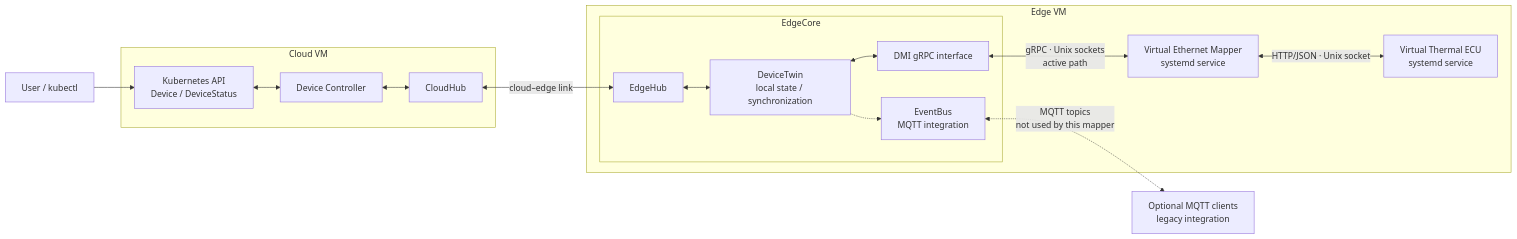
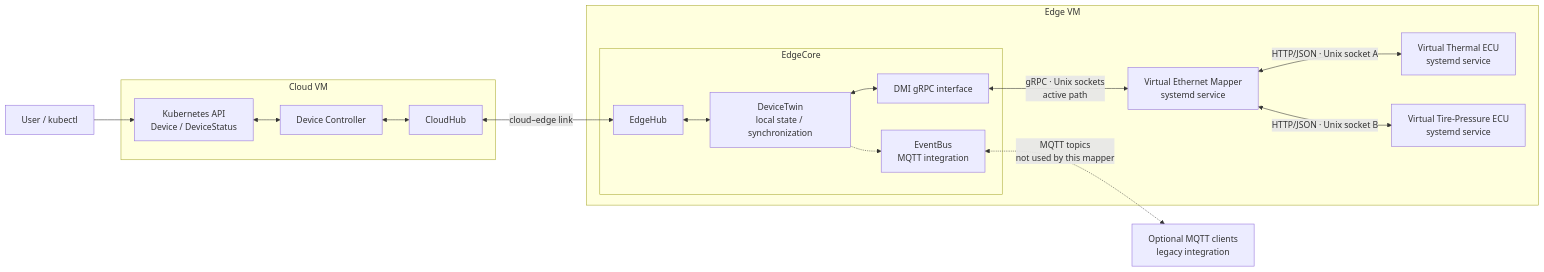
One commit to neotera-eu/up2date4sdv-continuumx-playground changed the fourth of 10 diagrams in README.md. Above: the diagram before and after it, drawn with Mermaid. The commit also changed other lines of this file and 2 other files, not shown here.

Commit message:
Describe two-ECU VM architecture and runtime handoff.

````diff
--- a/README.md
+++ b/README.md
@@ -228,30 +253,32 @@
 ```mermaid
 flowchart LR
     User["User / kubectl"]
     subgraph Cloud["Cloud VM"]
         API["Kubernetes API<br/>Device / DeviceStatus"]
         Controller["Device Controller"]
         CH["CloudHub"]
         API <--> Controller
         Controller <--> CH
     end
     subgraph Edge["Edge VM"]
         subgraph EdgeCore["EdgeCore"]
             EH["EdgeHub"]
             Twin["DeviceTwin<br/>local state / synchronization"]
             DMI["DMI gRPC interface"]
             Bus["EventBus<br/>MQTT integration"]
             EH <--> Twin
             Twin <--> DMI
             Twin -.-> Bus
         end
         Mapper["Virtual Ethernet Mapper<br/>systemd service"]
-        ECU["Virtual Thermal ECU<br/>systemd service"]
-        Mapper <-->|"HTTP/JSON · Unix socket"| ECU
+        Thermal["Virtual Thermal ECU<br/>systemd service"]
+        Tire["Virtual Tire-Pressure ECU<br/>systemd service"]
+        Mapper <-->|"HTTP/JSON · Unix socket A"| Thermal
+        Mapper <-->|"HTTP/JSON · Unix socket B"| Tire
     end
     MQTT["Optional MQTT clients<br/>legacy integration"]
     User --> API
     CH <-->|"cloud–edge link"| EH
     DMI <-->|"gRPC · Unix sockets<br/>active path"| Mapper
     Bus <-.->|"MQTT topics<br/>not used by this mapper"| MQTT
 ```
````
